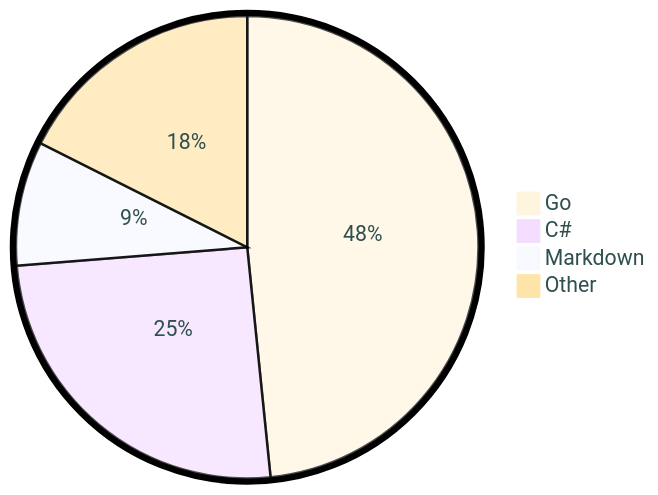
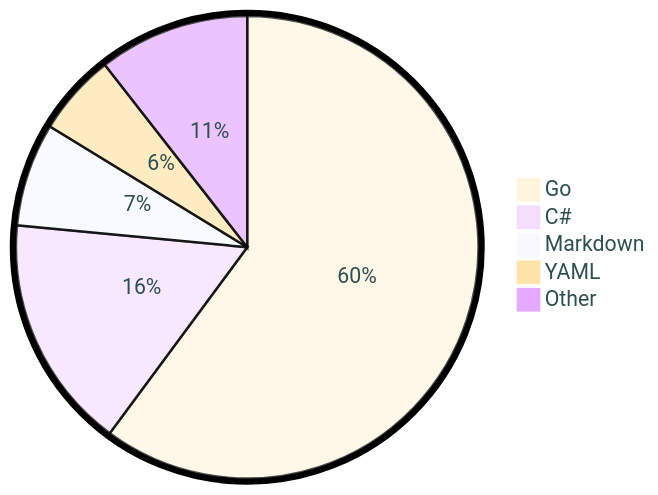
Before and after one commit to tot0p/tot0p: the diagram in README.md, drawn with Mermaid. The commit also changed other lines of this file, not shown here.

````diff
--- a/README.md
+++ b/README.md
@@ -82,8 +82,9 @@
 ```mermaid
 %%{init: {"pie": {"textPosition": 0.5}, "themeVariables": {"pieOuterStrokeWidth": "5px","primaryTextColor" : "#2F4F4F"},"theme":"base"} }%%
 pie
-	"Go": 48.39
-	"C#": 25.34
-	"Markdown": 8.69
-	"Other": 17.580000000000002
+	"Go": 60.13
+	"C#": 16.38
+	"Markdown": 7.23
+	"YAML": 5.71
+	"Other": 10.549999999999999
 ```
````
